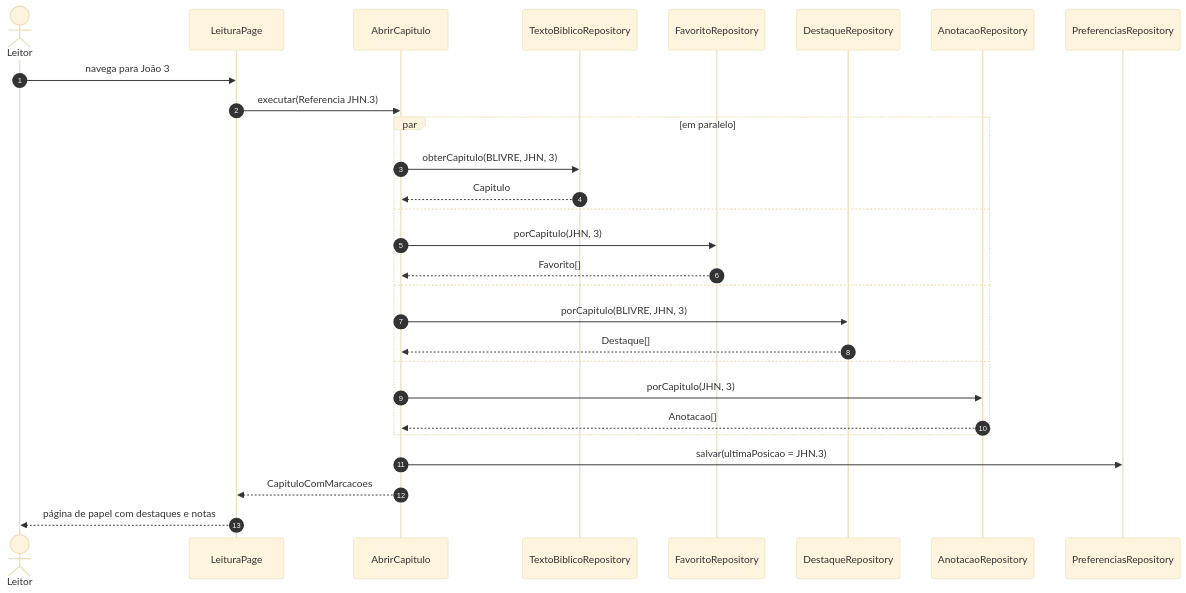
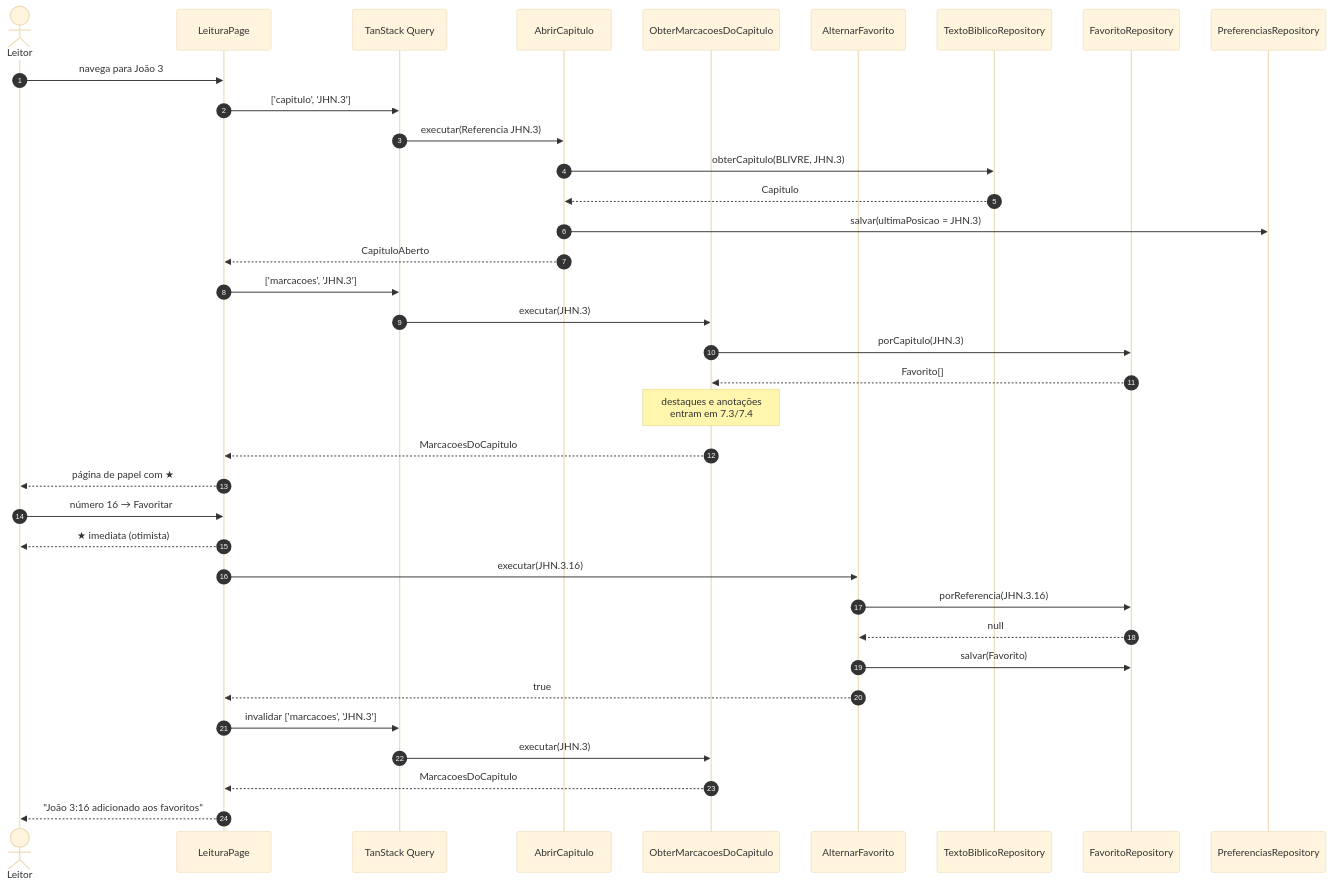
The fourth of 7 diagrams in docs/06-arquitetura.md (edioilha/biblia-app), drawn with Mermaid (base theme) before and after one commit. The commit also changed other lines of this file and 5 other files, not shown here.

````diff
--- a/docs/06-arquitetura.md
+++ b/docs/06-arquitetura.md
@@ -146,31 +148,40 @@
 ```mermaid
 sequenceDiagram
     autonumber
     actor L as Leitor
     participant P as LeituraPage
+    participant Q as TanStack Query
     participant UC as AbrirCapitulo
+    participant M as ObterMarcacoesDoCapitulo
+    participant AF as AlternarFavorito
     participant T as TextoBiblicoRepository
     participant F as FavoritoRepository
-    participant D as DestaqueRepository
-    participant A as AnotacaoRepository
     participant PR as PreferenciasRepository
 
     L->>P: navega para João 3
-    P->>UC: executar(Referencia JHN.3)
-    par em paralelo
-        UC->>T: obterCapitulo(BLIVRE, JHN, 3)
-        T-->>UC: Capitulo
-    and
-        UC->>F: porCapitulo(JHN, 3)
-        F-->>UC: Favorito[]
-    and
-        UC->>D: porCapitulo(BLIVRE, JHN, 3)
-        D-->>UC: Destaque[]
-    and
-        UC->>A: porCapitulo(JHN, 3)
-        A-->>UC: Anotacao[]
-    end
+    P->>Q: ['capitulo', 'JHN.3']
+    Q->>UC: executar(Referencia JHN.3)
+    UC->>T: obterCapitulo(BLIVRE, JHN.3)
+    T-->>UC: Capitulo
     UC->>PR: salvar(ultimaPosicao = JHN.3)
-    UC-->>P: CapituloComMarcacoes
-    P-->>L: página de papel com destaques e notas
+    UC-->>P: CapituloAberto
+    P->>Q: ['marcacoes', 'JHN.3']
+    Q->>M: executar(JHN.3)
+    M->>F: porCapitulo(JHN.3)
+    F-->>M: Favorito[]
+    Note over M: destaques e anotações<br/>entram em 7.3/7.4
+    M-->>P: MarcacoesDoCapitulo
+    P-->>L: página de papel com ★
+
+    L->>P: número 16 → Favoritar
+    P-->>L: ★ imediata (otimista)
+    P->>AF: executar(JHN.3.16)
+    AF->>F: porReferencia(JHN.3.16)
+    F-->>AF: null
+    AF->>F: salvar(Favorito)
+    AF-->>P: true
+    P->>Q: invalidar ['marcacoes', 'JHN.3']
+    Q->>M: executar(JHN.3)
+    M-->>P: MarcacoesDoCapitulo
+    P-->>L: "João 3:16 adicionado aos favoritos"
 ```
````
